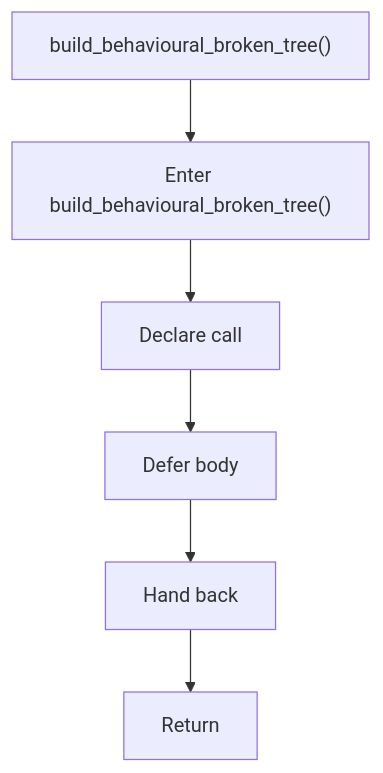
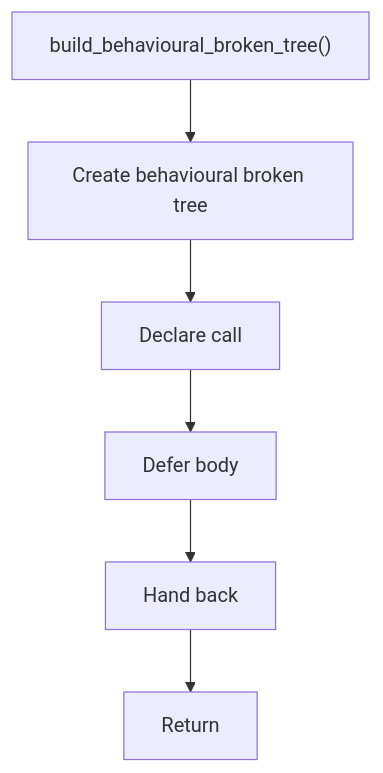
The fifth of 6 diagrams in docs/Codebase/Microservice/Modules/Header/SyntacticBrokenAST/Trees/Broken/Behavioural/tree.hpp.md (JohnAndrewBalbarosa/NeoTerritory), drawn with Mermaid before and after one commit. The commit also changed other lines of this file and 925 other files, not shown here.

````diff
--- a/docs/Codebase/Microservice/Modules/Header/SyntacticBrokenAST/Trees/Broken/Behavioural/tree.hpp.md
+++ b/docs/Codebase/Microservice/Modules/Header/SyntacticBrokenAST/Trees/Broken/Behavioural/tree.hpp.md
@@ -157,14 +156,14 @@
 ```mermaid
 flowchart TD
     Start["build_behavioural_broken_tree()"]
-    N0["Enter build_behavioural_broken_tree()"]
+    N0["Create behavioural broken tree"]
     N1["Declare call"]
     N2["Defer body"]
     N3["Hand back"]
     End["Return"]
     Start --> N0
     N0 --> N1
     N1 --> N2
     N2 --> N3
     N3 --> End
 ```
````
